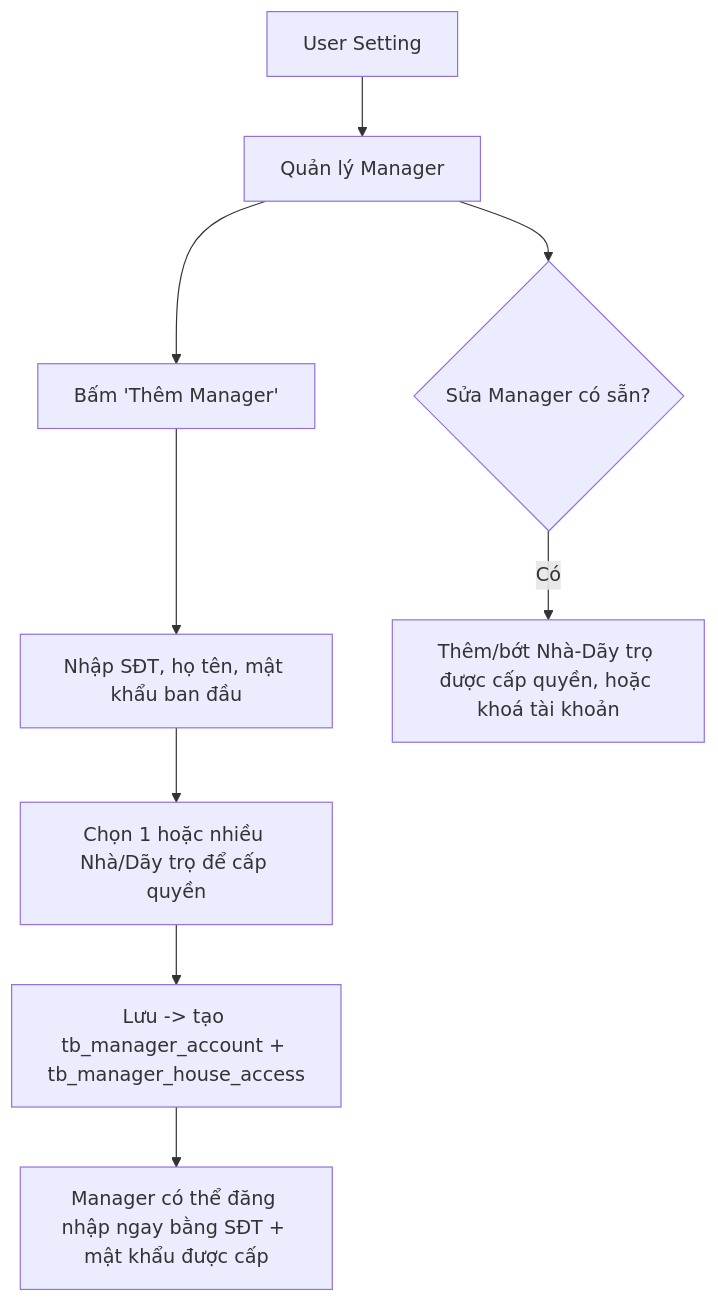
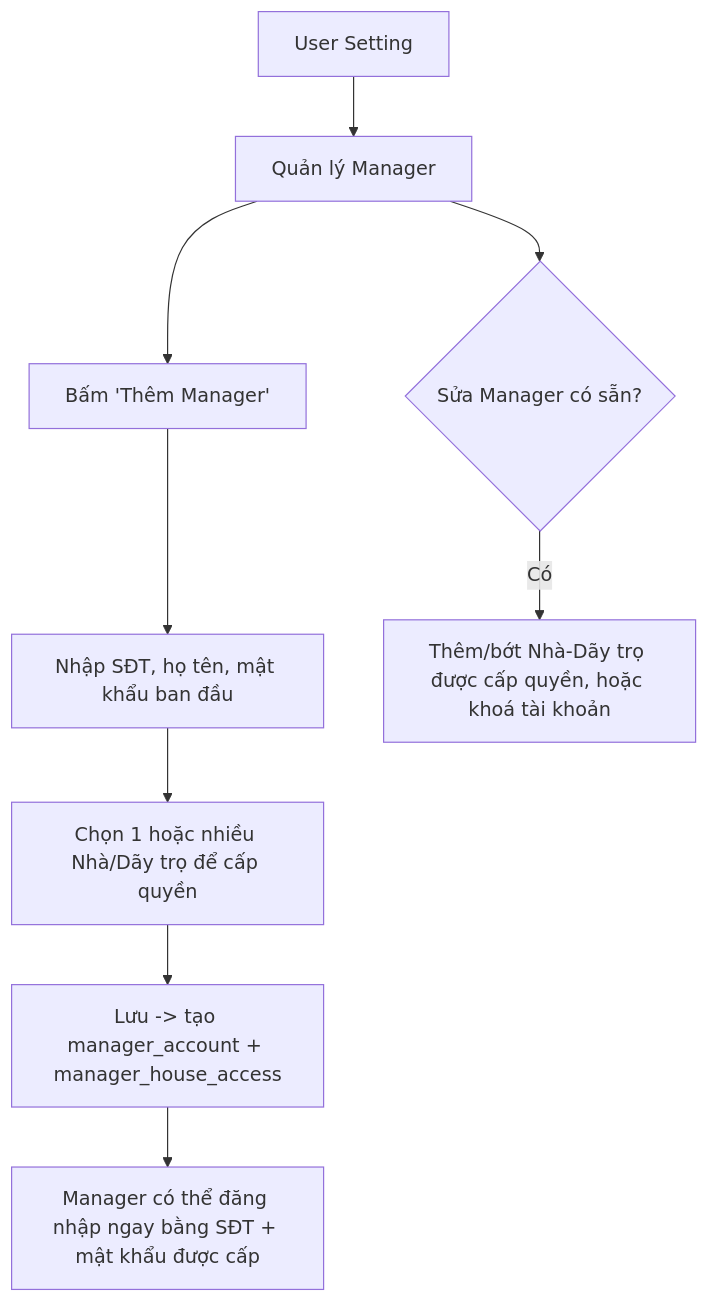
Before and after one commit to townsoft-dev/biztown-rent: the second of 10 diagrams in docs/USER-FLOWS.md, drawn with Mermaid. The commit also changed other lines of this file and 9 other files, not shown here.

````diff
--- a/docs/USER-FLOWS.md
+++ b/docs/USER-FLOWS.md
@@ -49,11 +49,11 @@
 ```mermaid
 flowchart TD
     A[User Setting] --> B[Quản lý Manager]
     B --> C[Bấm 'Thêm Manager']
     C --> D[Nhập SĐT, họ tên, mật khẩu ban đầu]
     D --> E[Chọn 1 hoặc nhiều Nhà/Dãy trọ để cấp quyền]
-    E --> F[Lưu -> tạo tb_manager_account + tb_manager_house_access]
+    E --> F[Lưu -> tạo manager_account + manager_house_access]
     F --> G[Manager có thể đăng nhập ngay bằng SĐT + mật khẩu được cấp]
     B --> H{Sửa Manager có sẵn?}
     H -- Có --> I[Thêm/bớt Nhà-Dãy trọ được cấp quyền, hoặc khoá tài khoản]
 ```
````
